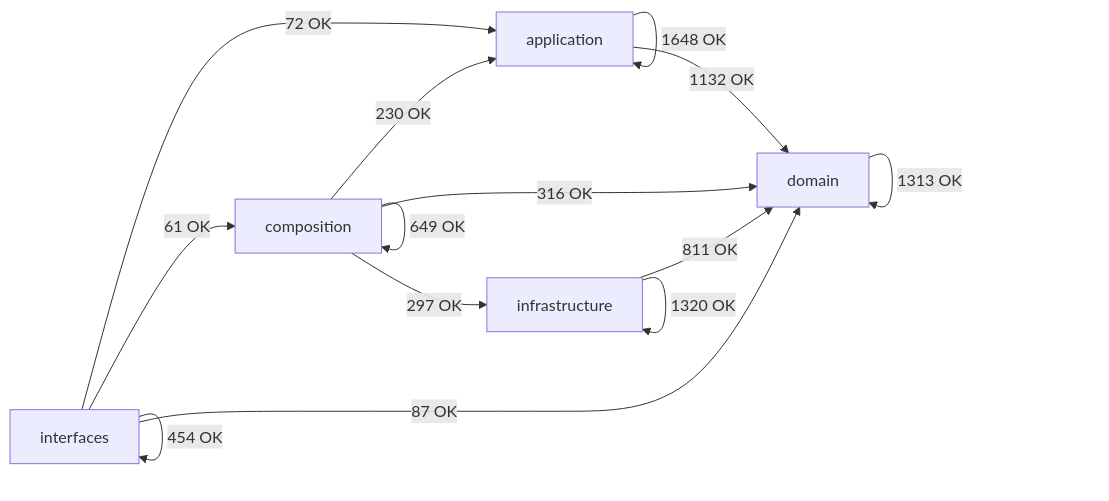
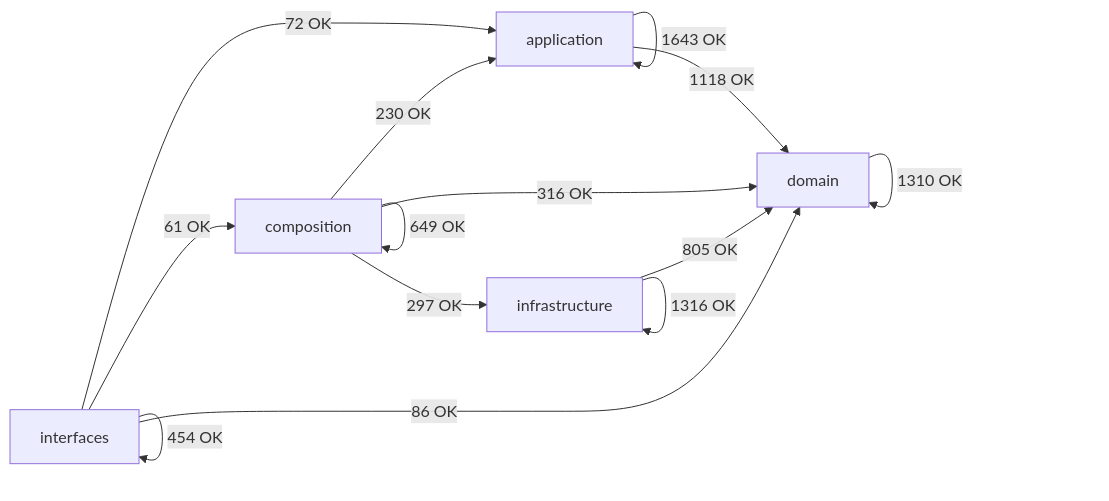
The diagram in docs/02-architecture/generated/module-dependency-map.md (SatoryKono/BioactivityDataAcquisition), drawn with Mermaid before and after one commit. The commit also changed other lines of this file and 163 other files, not shown here.

````diff
--- a/docs/02-architecture/generated/module-dependency-map.md
+++ b/docs/02-architecture/generated/module-dependency-map.md
@@ -17,21 +17,21 @@
 ```mermaid
 flowchart LR
     domain[domain]
     application[application]
     infrastructure[infrastructure]
     composition[composition]
     interfaces[interfaces]
-    application -->|1648 OK| application
-    application -->|1132 OK| domain
+    application -->|1643 OK| application
+    application -->|1118 OK| domain
     composition -->|230 OK| application
     composition -->|649 OK| composition
     composition -->|316 OK| domain
     composition -->|297 OK| infrastructure
-    domain -->|1313 OK| domain
-    infrastructure -->|811 OK| domain
-    infrastructure -->|1320 OK| infrastructure
+    domain -->|1310 OK| domain
+    infrastructure -->|805 OK| domain
+    infrastructure -->|1316 OK| infrastructure
     interfaces -->|72 OK| application
     interfaces -->|61 OK| composition
-    interfaces -->|87 OK| domain
+    interfaces -->|86 OK| domain
     interfaces -->|454 OK| interfaces
 ```
````
